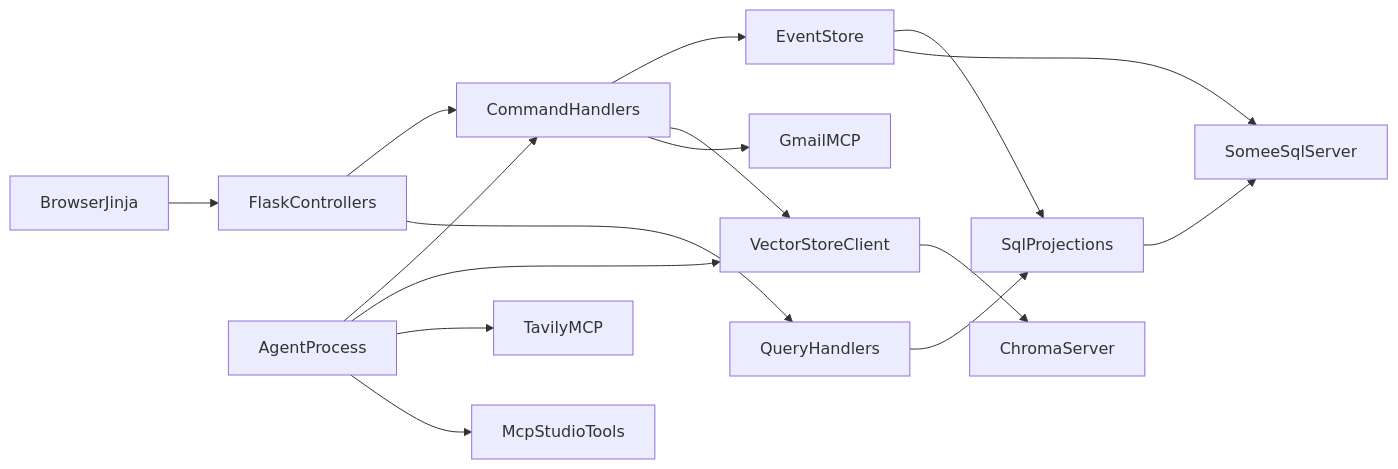
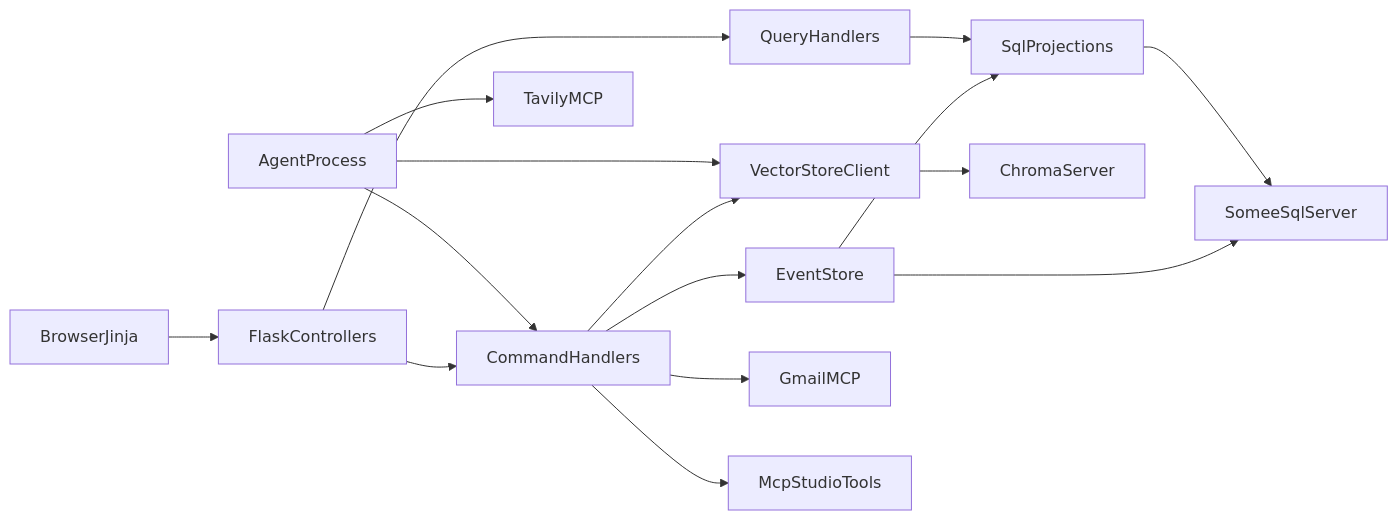
One commit to rina-hardan/KindBridge changed the diagram in docs/architecture.md. Above: the diagram before and after it, drawn with Mermaid. The commit also changed other lines of this file and 13 other files, not shown here.

````diff
--- a/docs/architecture.md
+++ b/docs/architecture.md
@@ -19,32 +19,32 @@
 ```mermaid
 flowchart LR
   browser[BrowserJinja]
   flaskMvc[FlaskControllers]
   commands[CommandHandlers]
   queries[QueryHandlers]
   eventStore[EventStore]
   projections[SqlProjections]
   agentProc[AgentProcess]
   vectorInfra[VectorStoreClient]
   chroma[ChromaServer]
   mcpTavily[TavilyMCP]
   mcpGmail[GmailMCP]
   mcpCustom[McpStudioTools]
   somee[SomeeSqlServer]
 
   browser --> flaskMvc
   flaskMvc --> commands
   flaskMvc --> queries
   commands --> eventStore
   commands --> vectorInfra
   eventStore --> projections
   queries --> projections
   eventStore --> somee
   projections --> somee
   agentProc --> commands
   agentProc --> vectorInfra
   vectorInfra --> chroma
   agentProc --> mcpTavily
   commands --> mcpGmail
-  agentProc --> mcpCustom
+  commands --> mcpCustom
 ```
````
